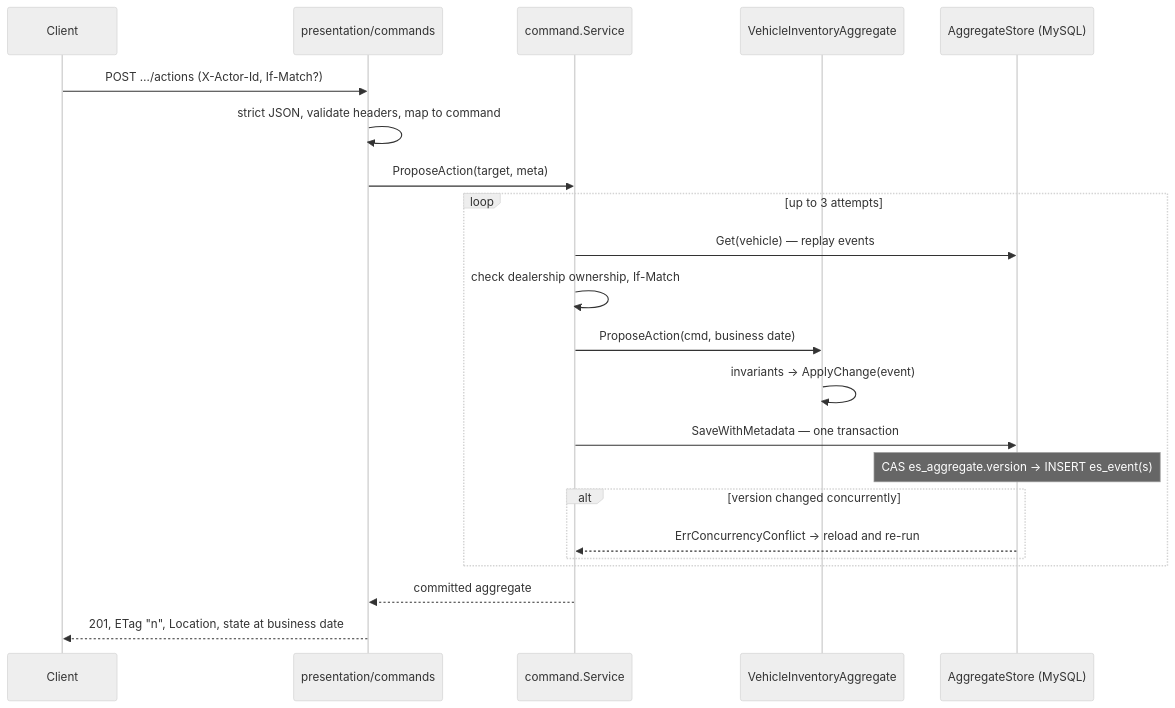
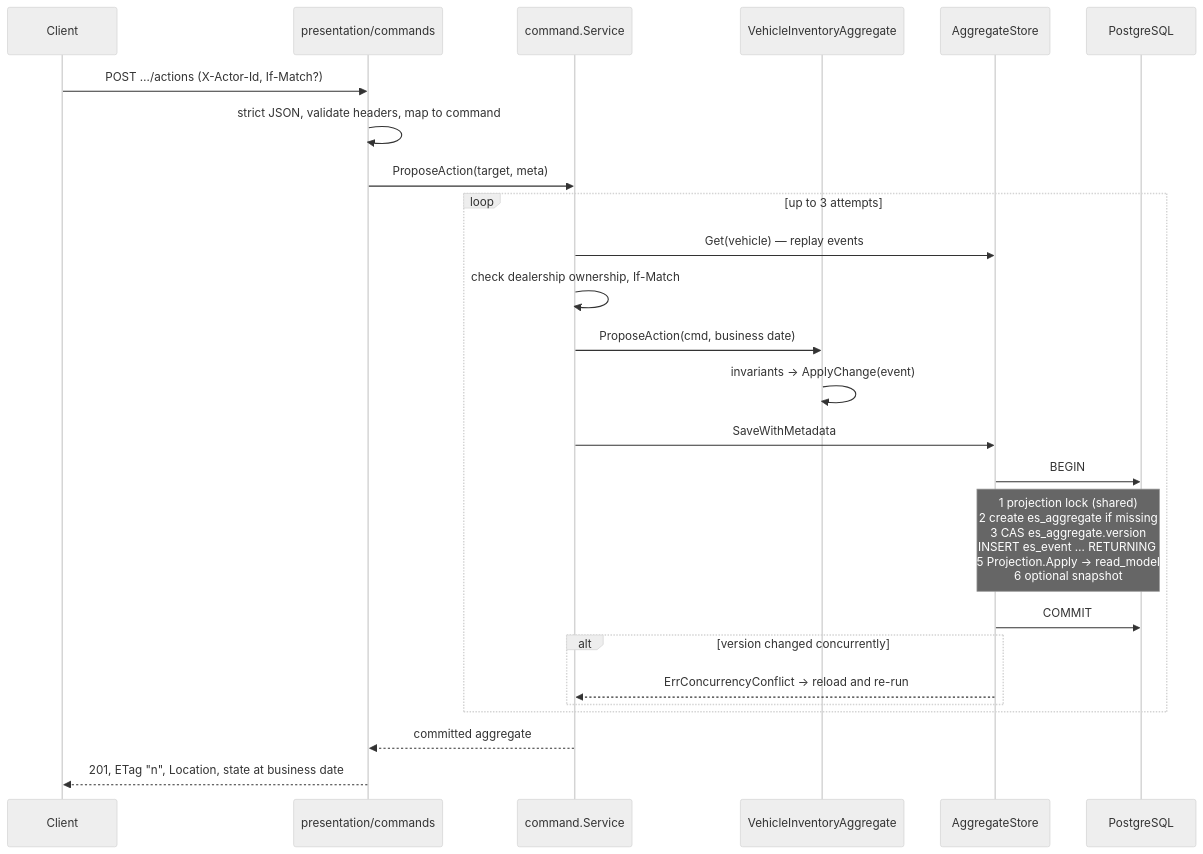
The second of 2 diagrams in docs/system-design.md (bhtoan2204/keyloop-coding-challenge), drawn with Mermaid (neutral theme) before and after one commit. The commit also changed other lines of this file and 158 other files, not shown here.

First line of the commit message:
Add integration tests for PostgreSQL read-after-write and role privileges

````diff
--- a/docs/system-design.md
+++ b/docs/system-design.md
@@ -82,24 +78,27 @@
 ```mermaid
 sequenceDiagram
   participant Client
   participant API as presentation/commands
   participant Svc as command.Service
   participant Agg as VehicleInventoryAggregate
-  participant Store as AggregateStore (MySQL)
+  participant Store as AggregateStore
+  participant PG as PostgreSQL
   Client->>API: POST …/actions (X-Actor-Id, If-Match?)
   API->>API: strict JSON, validate headers, map to command
   API->>Svc: ProposeAction(target, meta)
   loop up to 3 attempts
     Svc->>Store: Get(vehicle) — replay events
     Svc->>Svc: check dealership ownership, If-Match
     Svc->>Agg: ProposeAction(cmd, business date)
     Agg->>Agg: invariants → ApplyChange(event)
-    Svc->>Store: SaveWithMetadata — one transaction
-    Note over Store: CAS es_aggregate.version → INSERT es_event(s)
+    Svc->>Store: SaveWithMetadata
+    Store->>PG: BEGIN
+    Note over Store,PG: 1 projection lock (shared)<br/>2 create es_aggregate if missing<br/>3 CAS es_aggregate.version<br/>4 INSERT es_event … RETURNING id<br/>5 Projection.Apply → read_model<br/>6 optional snapshot
+    Store->>PG: COMMIT
     alt version changed concurrently
       Store-->>Svc: ErrConcurrencyConflict → reload and re-run
     end
   end
   Svc-->>API: committed aggregate
   API-->>Client: 201, ETag "n", Location, state at business date
 ```
````
